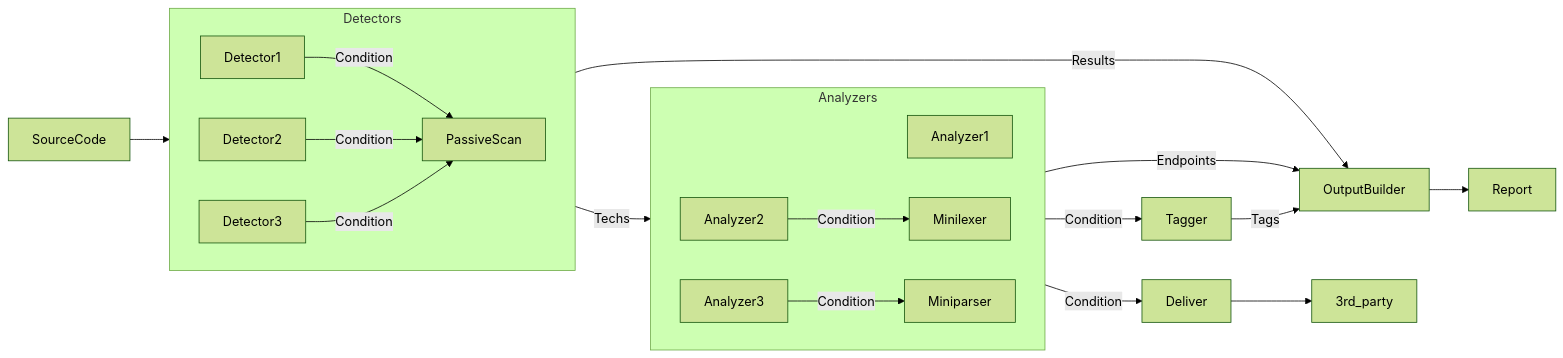
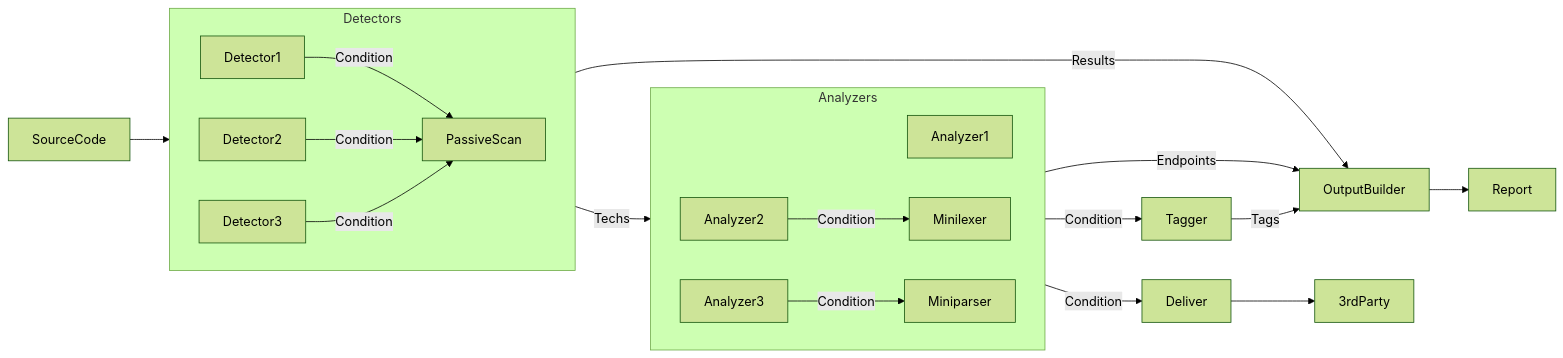
The diagram in docs/index.md (owasp-noir/noir), drawn with Mermaid (forest theme) before and after one commit.

````diff
--- a/docs/index.md
+++ b/docs/index.md
@@ -37,27 +37,27 @@
 ```mermaid
 flowchart LR
     SourceCode --> Detectors
 
     subgraph Detectors
         direction LR
         Detector1 & Detector2 & Detector3 --> |Condition| PassiveScan
     end
 
     PassiveScan --> |Results| OutputBuilder
 
     Detectors --> |Techs| Analyzers
 
     subgraph Analyzers
         direction LR
         Analyzer1 & Analyzer2 & Analyzer3
         Analyzer2 --> |Condition| Minilexer
         Analyzer3 --> |Condition| Miniparser
     end
 
     Analyzers --> |Condition| Deliver
     Analyzers --> |Condition| Tagger
-    Deliver --> 3rd_party
+    Deliver --> 3rdParty
     Tagger --> |Tags| OutputBuilder
     Analyzers --> |Endpoints| OutputBuilder
     OutputBuilder --> Report
 ```
````
